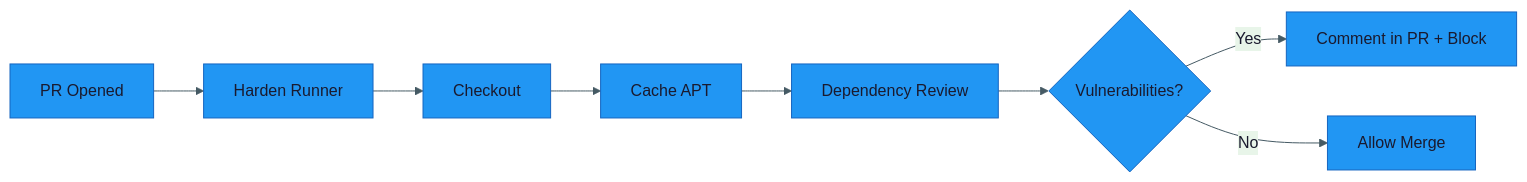
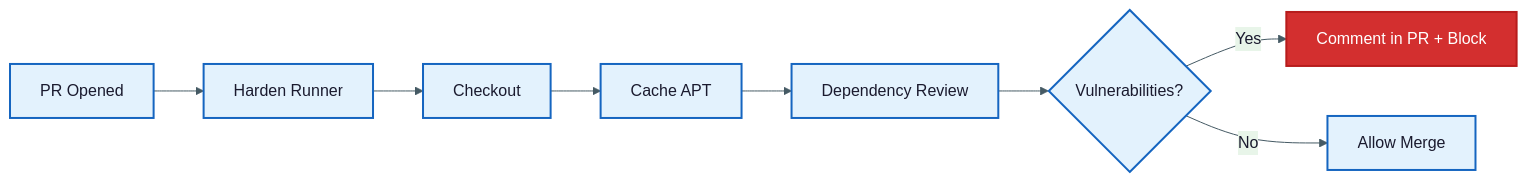
The sixth of 8 diagrams in WORKFLOWS.md (Hack23/homepage), drawn with Mermaid before and after one commit. The commit also changed other lines of this file and 19 other files, not shown here.

First line of the commit message:
Add style-guide-compliant classDef styling to 44 unstyled flowcharts

````diff
--- a/WORKFLOWS.md
+++ b/WORKFLOWS.md
@@ -433,11 +474,19 @@
 ```mermaid
 %%{init: {"theme": "base", "themeVariables": {"primaryColor": "#2196F3", "primaryTextColor": "#1a1a2e", "lineColor": "#455A64", "secondaryColor": "#e8f5e9", "tertiaryColor": "#fff8e1", "primaryBorderColor": "#1565C0"}}}%%
 graph LR
     A[PR Opened] --> B[Harden Runner]
     B --> C[Checkout]
     C --> D[Cache APT]
     D --> E[Dependency Review]
     E --> F{Vulnerabilities?}
     F -->|Yes| G[Comment in PR + Block]
     F -->|No| H[Allow Merge]
+
+    classDef default fill:#e3f2fd,stroke:#1565C0,stroke-width:2px,color:#1a1a2e
+    classDef primary fill:#2196F3,stroke:#1565C0,stroke-width:2px,color:#ffffff
+    classDef success fill:#4CAF50,stroke:#2E7D32,stroke-width:2px,color:#ffffff
+    classDef warning fill:#FF9800,stroke:#F57C00,stroke-width:2px,color:#ffffff
+    classDef danger fill:#D32F2F,stroke:#B71C1C,stroke-width:2px,color:#ffffff
+    classDef info fill:#455A64,stroke:#263238,stroke-width:2px,color:#ffffff
+    class G danger
 ```
````
